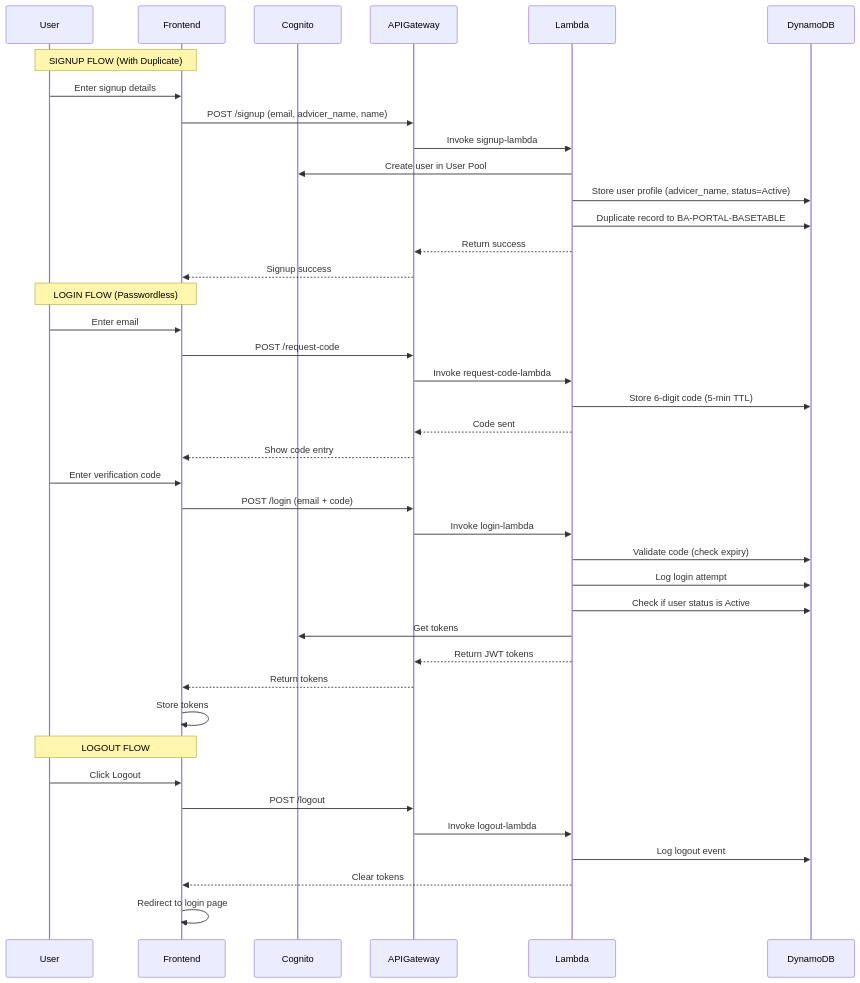
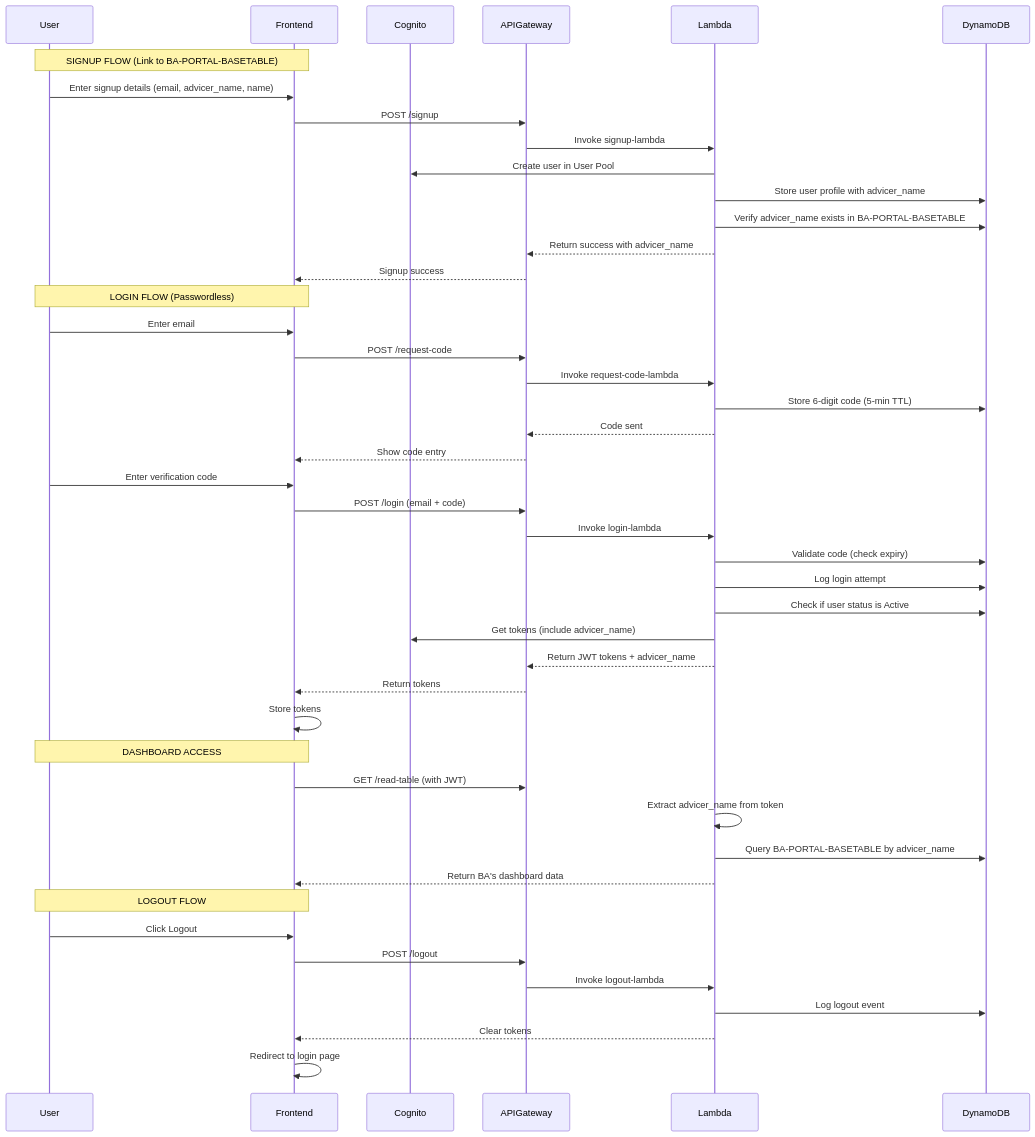
Before and after one commit to DilkuYahoo/tutorai: the second of 3 diagrams in app/ba-portal/PLAN-login-system.md, drawn with Mermaid. The commit also changed other lines of this file, not shown here.

First line of the commit message:
refactor(auth): change login system to use advicer_name linkage instead of record duplication

````diff
--- a/app/ba-portal/PLAN-login-system.md
+++ b/app/ba-portal/PLAN-login-system.md
@@ -83,45 +95,51 @@
 ```mermaid
 sequenceDiagram
     participant User
     participant Frontend
     participant Cognito
     participant APIGateway
     participant Lambda
     participant DynamoDB
     
-    Note over User,Frontend: SIGNUP FLOW (With Duplicate)
-    User->>Frontend: Enter signup details
-    Frontend->>APIGateway: POST /signup (email, advicer_name, name)
+    Note over User,Frontend: SIGNUP FLOW (Link to BA-PORTAL-BASETABLE)
+    User->>Frontend: Enter signup details (email, advicer_name, name)
+    Frontend->>APIGateway: POST /signup
     APIGateway->>Lambda: Invoke signup-lambda
     Lambda->>Cognito: Create user in User Pool
-    Lambda->>DynamoDB: Store user profile (advicer_name, status=Active)
-    Lambda->>DynamoDB: Duplicate record to BA-PORTAL-BASETABLE
-    Lambda-->>APIGateway: Return success
+    Lambda->>DynamoDB: Store user profile with advicer_name
+    Lambda->>DynamoDB: Verify advicer_name exists in BA-PORTAL-BASETABLE
+    Lambda-->>APIGateway: Return success with advicer_name
     APIGateway-->>Frontend: Signup success
     
     Note over User,Frontend: LOGIN FLOW (Passwordless)
     User->>Frontend: Enter email
     Frontend->>APIGateway: POST /request-code
     APIGateway->>Lambda: Invoke request-code-lambda
     Lambda->>DynamoDB: Store 6-digit code (5-min TTL)
     Lambda-->>APIGateway: Code sent
     APIGateway-->>Frontend: Show code entry
     User->>Frontend: Enter verification code
     Frontend->>APIGateway: POST /login (email + code)
     APIGateway->>Lambda: Invoke login-lambda
     Lambda->>DynamoDB: Validate code (check expiry)
     Lambda->>DynamoDB: Log login attempt
     Lambda->>DynamoDB: Check if user status is Active
-    Lambda->>Cognito: Get tokens
-    Lambda-->>APIGateway: Return JWT tokens
+    Lambda->>Cognito: Get tokens (include advicer_name)
+    Lambda-->>APIGateway: Return JWT tokens + advicer_name
     APIGateway-->>Frontend: Return tokens
     Frontend->>Frontend: Store tokens
+    
+    Note over User,Frontend: DASHBOARD ACCESS
+    Frontend->>APIGateway: GET /read-table (with JWT)
+    Lambda->>Lambda: Extract advicer_name from token
+    Lambda->>DynamoDB: Query BA-PORTAL-BASETABLE by advicer_name
+    Lambda-->>Frontend: Return BA's dashboard data
     
     Note over User,Frontend: LOGOUT FLOW
     User->>Frontend: Click Logout
     Frontend->>APIGateway: POST /logout
     APIGateway->>Lambda: Invoke logout-lambda
     Lambda->>DynamoDB: Log logout event
     Lambda-->>Frontend: Clear tokens
     Frontend->>Frontend: Redirect to login page
 ```
````
